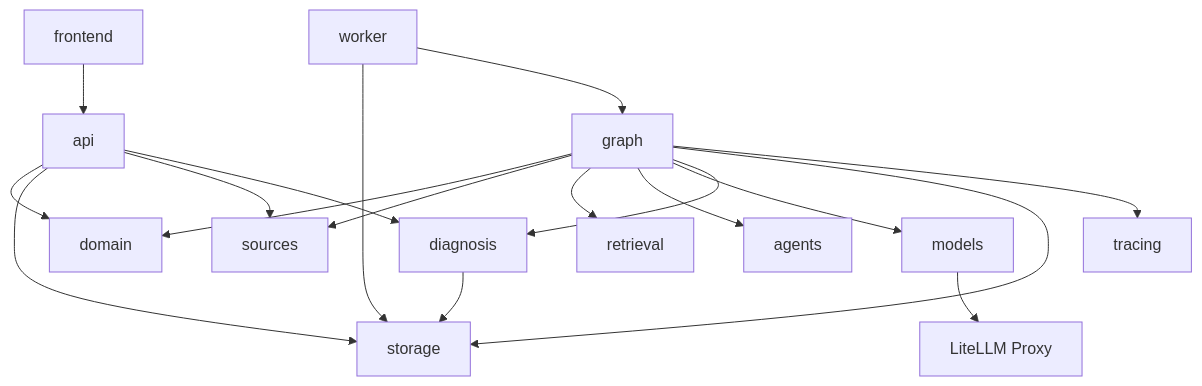
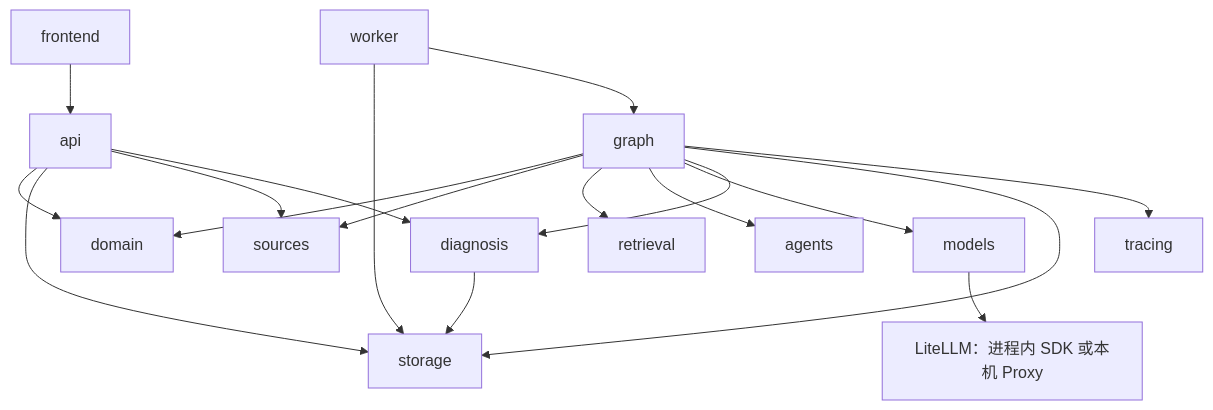
The second of 4 diagrams in docs/architecture.md (wynxing/paper-evidence-agent), drawn with Mermaid before and after one commit. The commit also changed other lines of this file and 6 other files, not shown here.

````diff
--- a/docs/architecture.md
+++ b/docs/architecture.md
@@ -60,31 +59,31 @@
 ```mermaid
 flowchart TD
   frontend[frontend]
   api[api]
   worker[worker]
   graphPkg[graph]
   domain[domain]
   sources[sources]
   retrieval[retrieval]
   agents[agents]
   diagnosis[diagnosis]
   storage[storage]
   tracing[tracing]
   frontend --> api
   api --> domain
   api --> storage
   api --> sources
   api --> diagnosis
   worker --> storage
   worker --> graphPkg
   graphPkg --> domain
   graphPkg --> sources
   graphPkg --> retrieval
   graphPkg --> agents
   graphPkg --> models[models]
-  models --> proxy[LiteLLM Proxy]
+  models --> transport[LiteLLM：进程内 SDK 或本机 Proxy]
   graphPkg --> diagnosis
   graphPkg --> storage
   graphPkg --> tracing
   diagnosis --> storage
 ```
````
